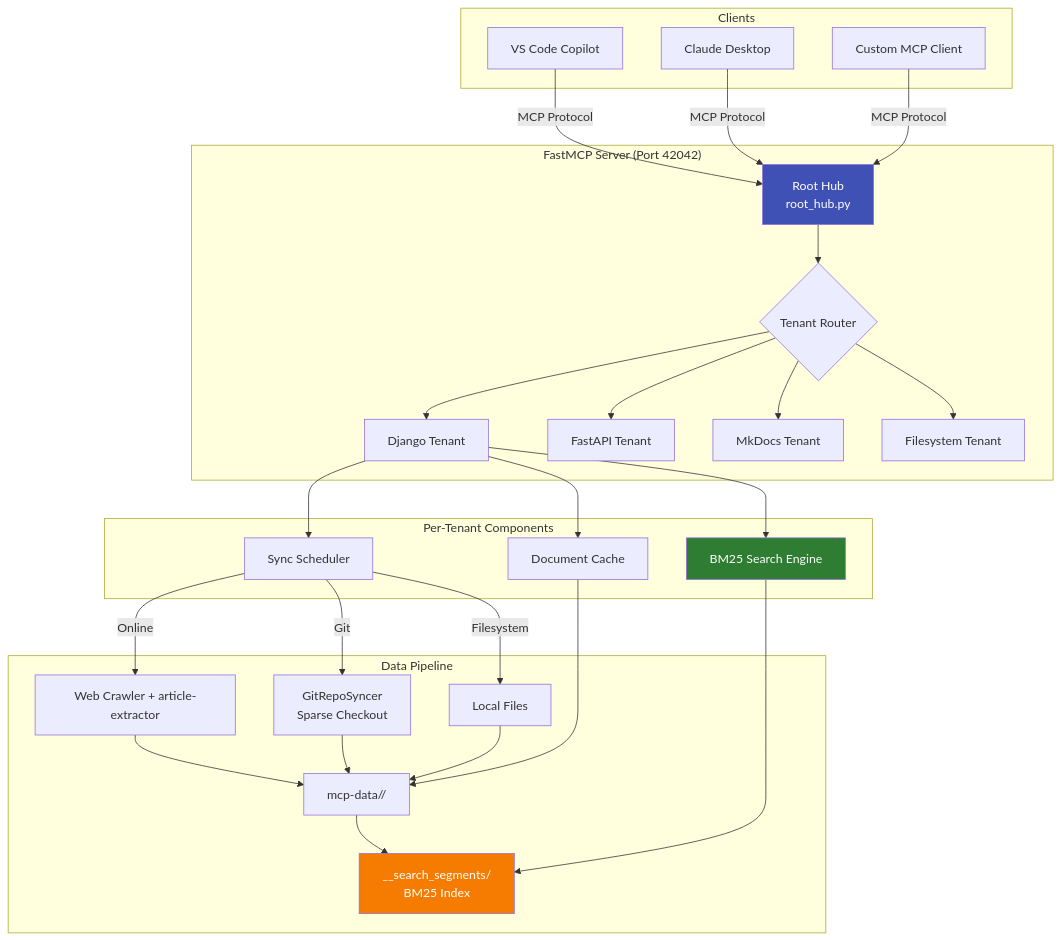
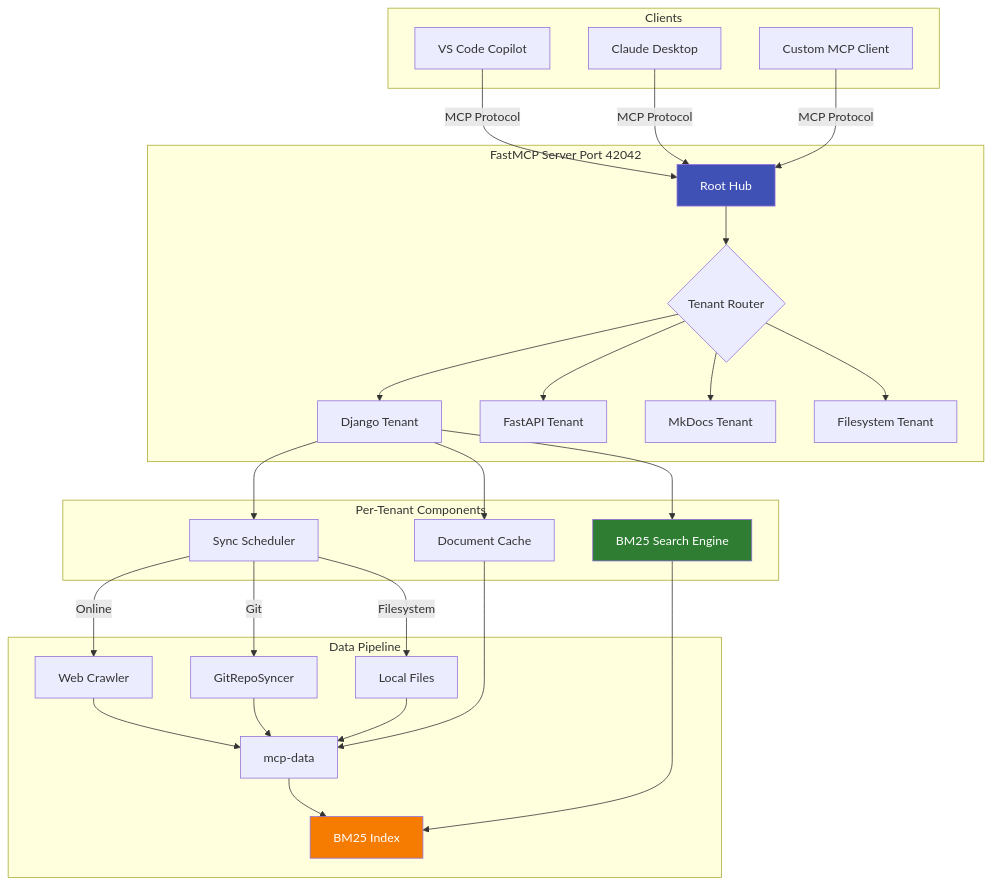
One commit to pankaj28843/docs-mcp-server changed the first of 2 diagrams in docs/explanations/architecture.md. Above: the diagram before and after it, drawn with Mermaid. The commit also changed 6 other files, not shown here.

````diff
--- a/docs/explanations/architecture.md
+++ b/docs/explanations/architecture.md
@@ -23,44 +23,44 @@
 ```mermaid
 graph TB
     subgraph Clients
         A1[VS Code Copilot]
         A2[Claude Desktop]
         A3[Custom MCP Client]
     end
     
-    subgraph "FastMCP Server (Port 42042)"
-        B[Root Hub<br/>root_hub.py]
+    subgraph "FastMCP Server Port 42042"
+        B[Root Hub]
         B --> C{Tenant Router}
         C --> D1[Django Tenant]
         C --> D2[FastAPI Tenant]
         C --> D3[MkDocs Tenant]
         C --> D4[Filesystem Tenant]
     end
     
     subgraph "Per-Tenant Components"
         D1 --> E1[BM25 Search Engine]
         D1 --> E2[Document Cache]
         D1 --> E3[Sync Scheduler]
     end
     
     subgraph "Data Pipeline"
-        E3 -->|Online| F1[Web Crawler + article-extractor]
-        E3 -->|Git| F2[GitRepoSyncer<br/>Sparse Checkout]
+        E3 -->|Online| F1[Web Crawler]
+        E3 -->|Git| F2[GitRepoSyncer]
         E3 -->|Filesystem| F3[Local Files]
-        F1 --> G[mcp-data/<tenant>/]
+        F1 --> G[mcp-data]
         F2 --> G
         F3 --> G
-        G --> H[__search_segments/<br/>BM25 Index]
+        G --> H[BM25 Index]
     end
     
     A1 -->|MCP Protocol| B
     A2 -->|MCP Protocol| B
     A3 -->|MCP Protocol| B
     
     E1 --> H
     E2 --> G
     
     style B fill:#4051b5,color:#fff
     style E1 fill:#2e7d32,color:#fff
     style H fill:#f57c00,color:#fff
 ```
````
